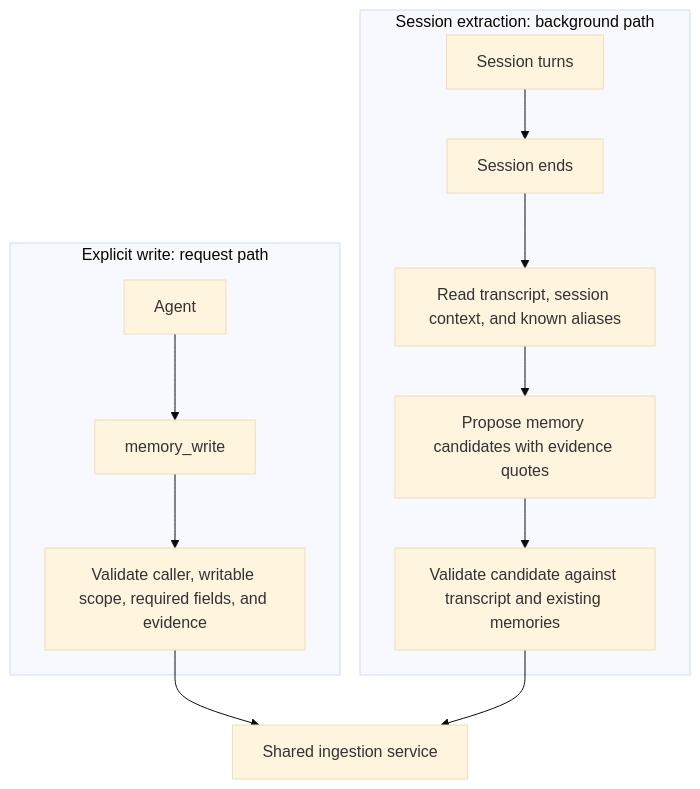
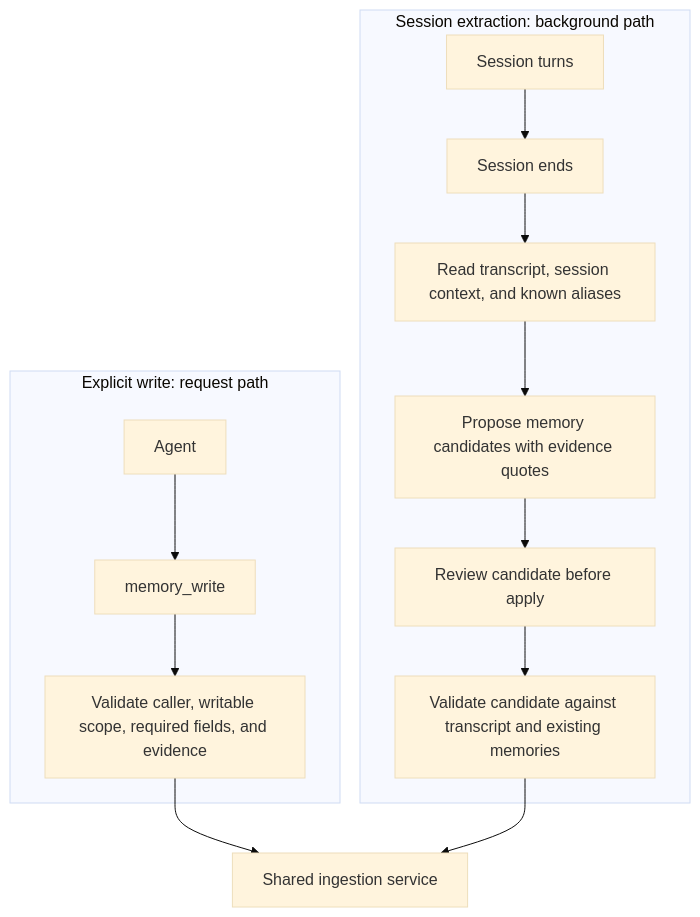
The first of 4 diagrams in README.md (adimyth/memory-weave), drawn with Mermaid (base theme) before and after one commit. The commit also changed other lines of this file and 7 other files, not shown here.

````diff
--- a/README.md
+++ b/README.md
@@ -36,18 +36,19 @@
 ```mermaid
 flowchart TD
     subgraph Explicit[Explicit write: request path]
         Agent[Agent] --> WriteTool[memory_write]
         WriteTool --> WritePolicy[Validate caller, writable scope, required fields, and evidence]
     end
 
     subgraph Extracted[Session extraction: background path]
         Turns[Session turns] --> SessionEnd[Session ends]
         SessionEnd --> Extractor[Read transcript, session context, and known aliases]
         Candidates[Propose memory candidates with evidence quotes]
         EvidenceCheck[Validate candidate against transcript and existing memories]
-        Extractor --> Candidates --> EvidenceCheck
+        Extractor --> Candidates --> Review[Review candidate before apply]
+        Review --> EvidenceCheck
     end
 
     WritePolicy --> Intake[Shared ingestion service]
     EvidenceCheck --> Intake
 ```
````
